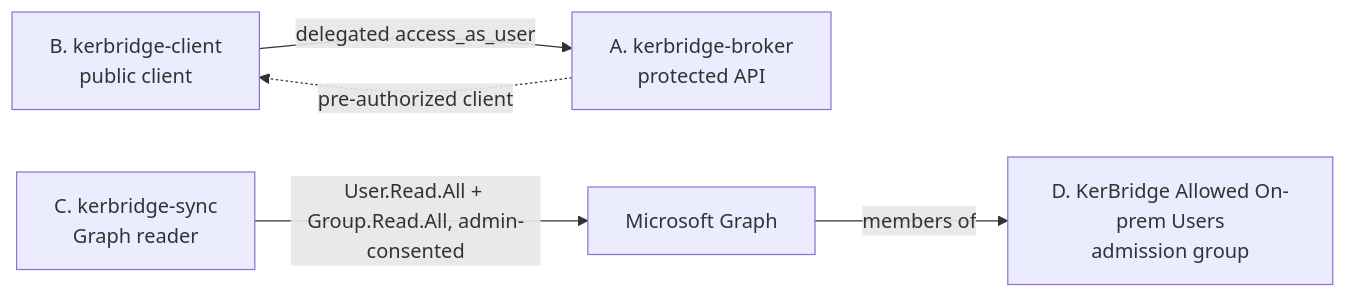
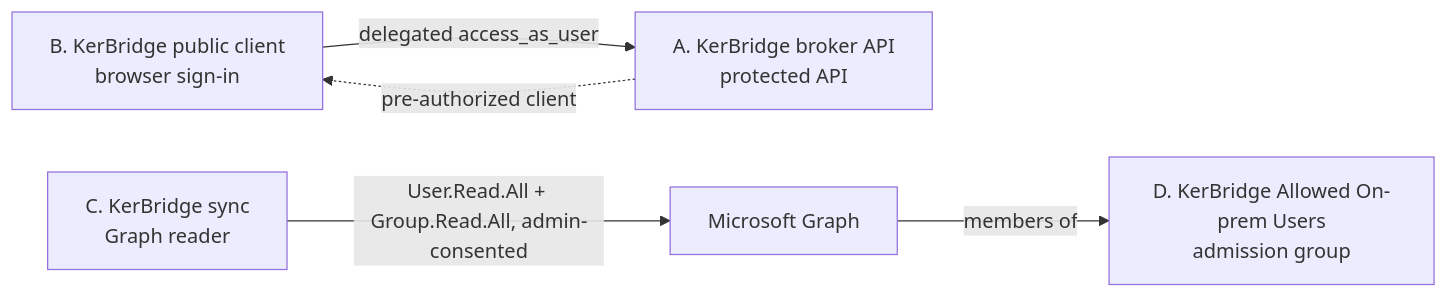
One commit to elonen/kerbridge changed the diagram in docs/setup/entra-manual.md. Above: the diagram before and after it, drawn with Mermaid. The commit also changed other lines of this file and 4 other files, not shown here.

````diff
--- a/docs/setup/entra-manual.md
+++ b/docs/setup/entra-manual.md
@@ -31,13 +31,13 @@
 ```mermaid
 flowchart LR
-  helper["B. kerbridge-client<br/>public client"]
-  api["A. kerbridge-broker<br/>protected API"]
-  sync["C. kerbridge-sync<br/>Graph reader"]
+  client["B. KerBridge public client<br/>browser sign-in"]
+  api["A. KerBridge broker API<br/>protected API"]
+  sync["C. KerBridge sync<br/>Graph reader"]
   msgraph["Microsoft Graph"]
   group["D. KerBridge Allowed On-prem Users<br/>admission group"]
 
-  helper -->|"delegated access_as_user"| api
-  api -.->|"pre-authorized client"| helper
+  client -->|"delegated access_as_user"| api
+  api -.->|"pre-authorized client"| client
   sync -->|"User.Read.All + Group.Read.All, admin-consented"| msgraph
   msgraph -->|"members of"| group
 ```
````
